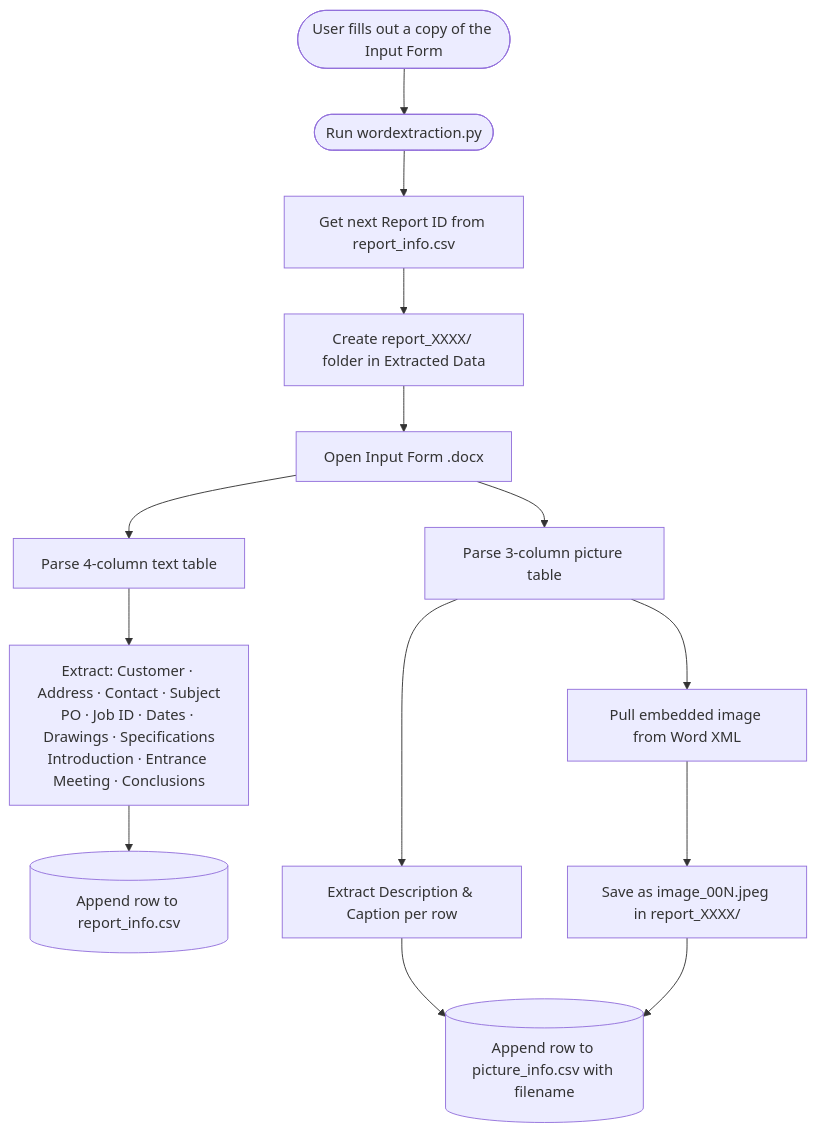
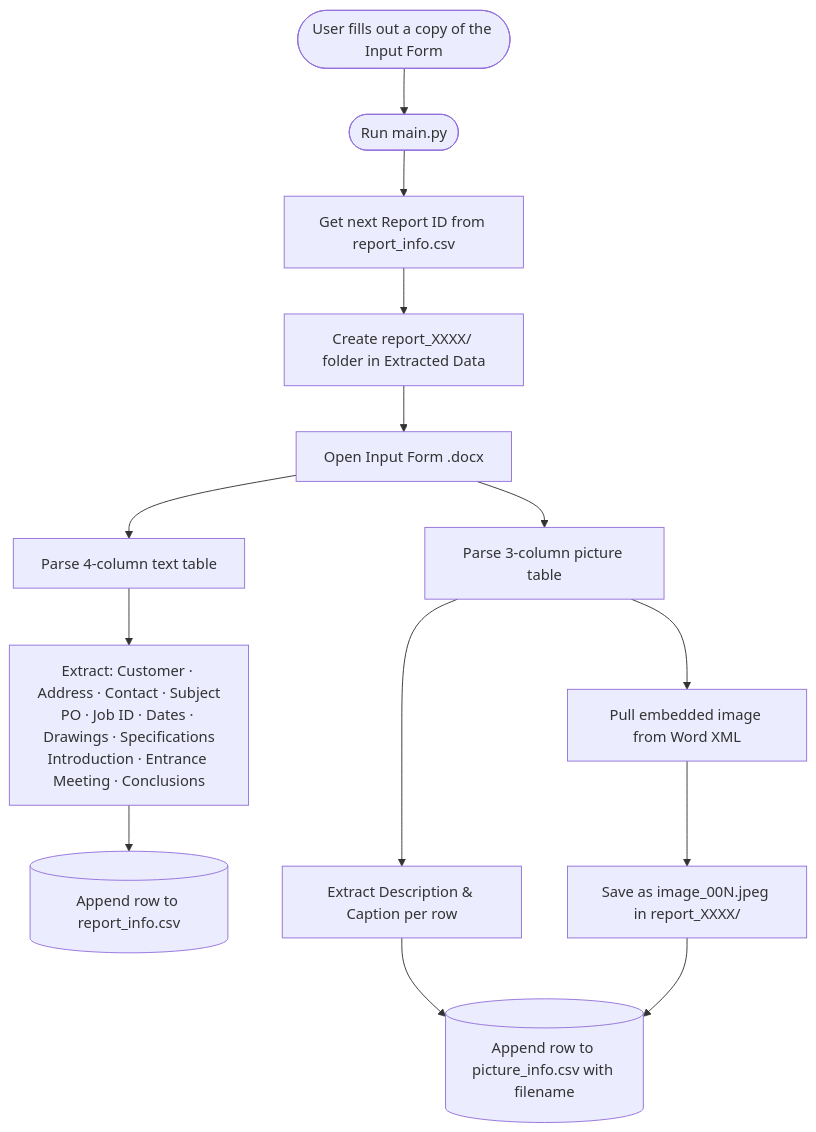
The first of 2 diagrams in README.md (phpaivamotta/report-automation), drawn with Mermaid before and after one commit. The commit also changed other lines of this file and 3 other files, not shown here.

Commit message:
Refactor report generation process: consolidate input form extraction and report building into main.py; update README and CLAUDE.md for clarity on usage stages.

````diff
--- a/README.md
+++ b/README.md
@@ -289,19 +284,19 @@
 ```mermaid
 flowchart TD
-    A([User fills out a copy of the Input Form]) --> B([Run wordextraction.py])
+    A([User fills out a copy of the Input Form]) --> B([Run main.py])
     B --> C[Get next Report ID from report_info.csv]
     C --> D[Create report_XXXX/ folder in Extracted Data]
     D --> E[Open Input Form .docx]
 
     E --> F[Parse 4-column text table]
     E --> G[Parse 3-column picture table]
 
     F --> H["Extract: Customer · Address · Contact · Subject<br/>PO · Job ID · Dates · Drawings · Specifications<br/>Introduction · Entrance Meeting · Conclusions"]
     H --> I[(Append row to report_info.csv)]
 
     G --> J[Extract Description & Caption per row]
     G --> K[Pull embedded image from Word XML]
     K --> L[Save as image_00N.jpeg in report_XXXX/]
     J --> M[(Append row to picture_info.csv with filename)]
     L --> M
 ```
````
